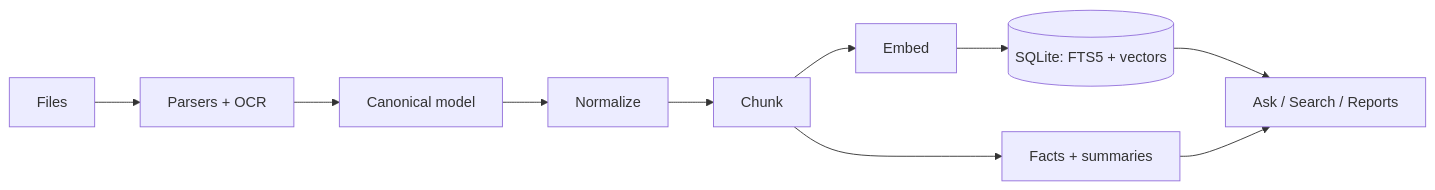
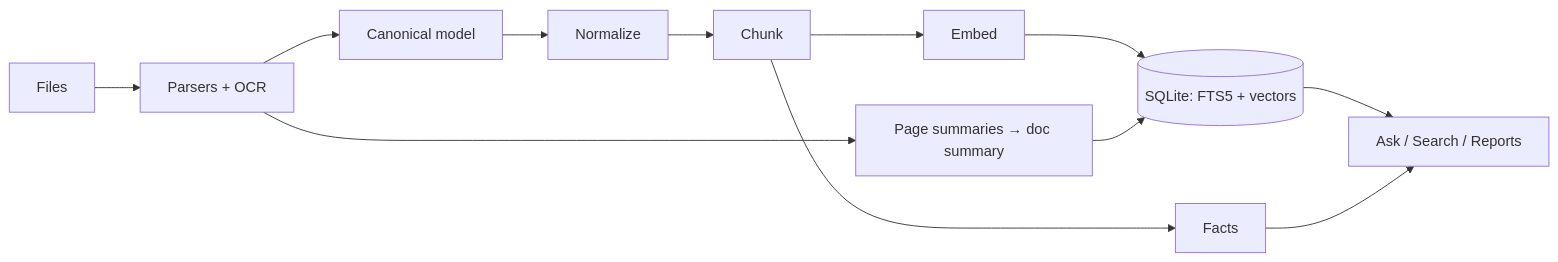
Before and after one commit to SpreadSheets600/CMPDI-Intelligence: the diagram in README.md, drawn with Mermaid. The commit also changed other lines of this file and 1 other file, not shown here.

Commit message:
docs: per-page summaries, knowledge tree fixes, accurate system diagrams and module map

````diff
--- a/README.md
+++ b/README.md
@@ -176,12 +182,14 @@
 ```mermaid
 flowchart LR
     F[Files] --> P[Parsers + OCR]
     P --> C[Canonical model]
     C --> N[Normalize]
     N --> K[Chunk]
     K --> E[Embed]
     E --> I[(SQLite: FTS5 + vectors)]
-    K --> X[Facts + summaries]
+    K --> X[Facts]
+    P --> S[Page summaries → doc summary]
+    S --> I
     I --> Q[Ask / Search / Reports]
     X --> Q
 ```
````
